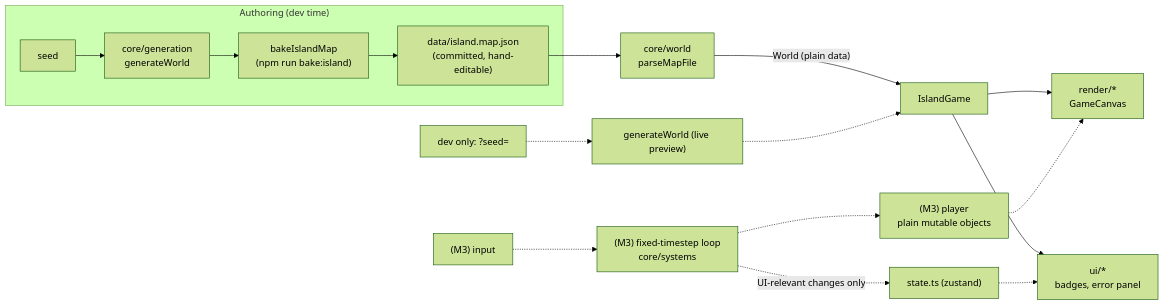
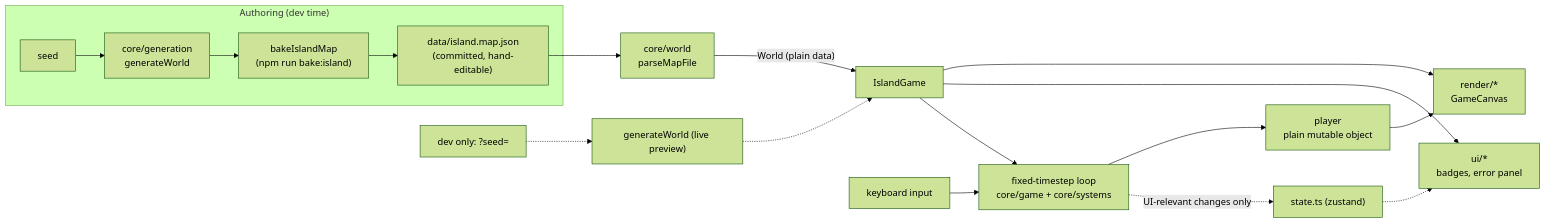
The first of 3 diagrams in docs/ARCHITECTURE.md (charlesj29/slow-living), drawn with Mermaid (forest theme) before and after one commit. The commit also changed other lines of this file and 39 other files, not shown here.

````diff
--- a/docs/ARCHITECTURE.md
+++ b/docs/ARCHITECTURE.md
@@ -69,18 +73,19 @@
 ```mermaid
 flowchart LR
   subgraph Authoring["Authoring (dev time)"]
     Seed["seed"] --> Gen["core/generation<br/>generateWorld"]
     Gen --> Bake["bakeIslandMap<br/>(npm run bake:island)"]
     Bake --> File["data/island.map.json<br/>(committed, hand-editable)"]
   end
   File --> Parse["core/world<br/>parseMapFile"]
   Parse -- "World (plain data)" --> Game["IslandGame"]
   DevSeed["dev only: ?seed="] -.-> Gen2["generateWorld (live preview)"] -.-> Game
   Game --> Render["render/*<br/>GameCanvas"]
   Game --> UI["ui/*<br/>badges, error panel"]
-  Input["(M3) input"] -.-> Loop["(M3) fixed-timestep loop<br/>core/systems"]
-  Loop -.-> Entities["(M3) player<br/>plain mutable objects"]
-  Entities -.-> Render
+  Input["keyboard input"] --> Loop["fixed-timestep loop<br/>core/game + core/systems"]
+  Game --> Loop
+  Loop --> Entities["player<br/>plain mutable object"]
+  Entities --> Render
   Loop -. "UI-relevant changes only" .-> Store["state.ts (zustand)"]
   Store -.-> UI
 ```
````
